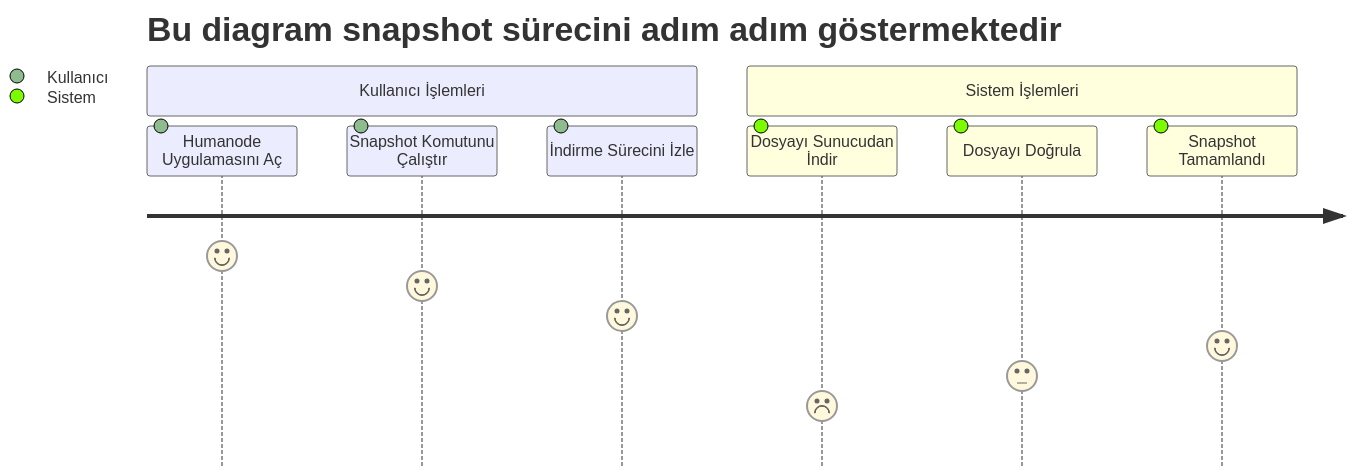
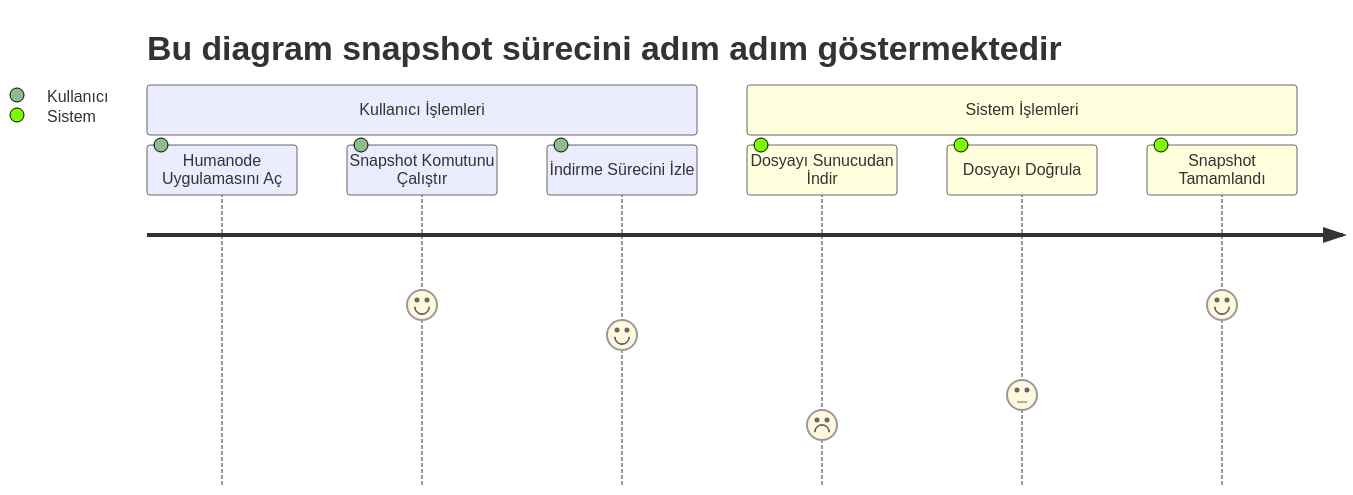
The diagram in Snapshot.md (Lorento34/humanode), drawn with Mermaid before and after one commit.

````diff
--- a/Snapshot.md
+++ b/Snapshot.md
@@ -8,12 +8,12 @@
 ```mermaid
 journey
     title Bu diagram snapshot sürecini adım adım göstermektedir
     section Kullanıcı İşlemleri
-      Humanode Uygulamasını Aç: 7: Kullanıcı
+      Humanode Uygulamasını Aç: 17: Kullanıcı
       Snapshot Komutunu Çalıştır: 6: Kullanıcı
       İndirme Sürecini İzle: 5: Kullanıcı
     section Sistem İşlemleri
       Dosyayı Sunucudan İndir: 2: Sistem
       Dosyayı Doğrula: 3: Sistem
-      Snapshot Tamamlandı: 4: Sistem
+      Snapshot Tamamlandı: 6: Sistem
 ```
````
